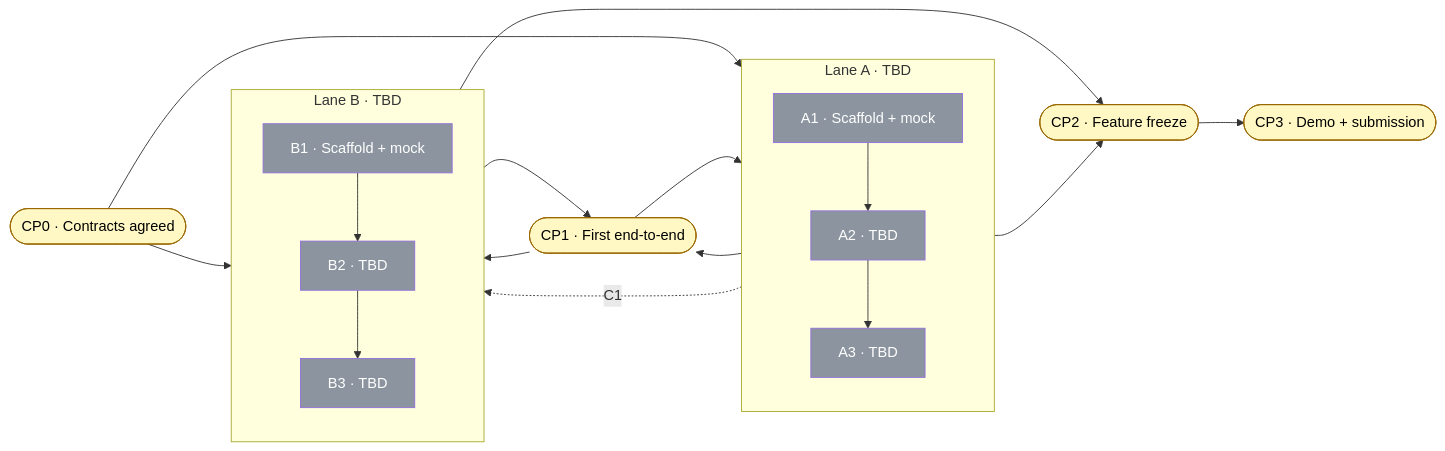
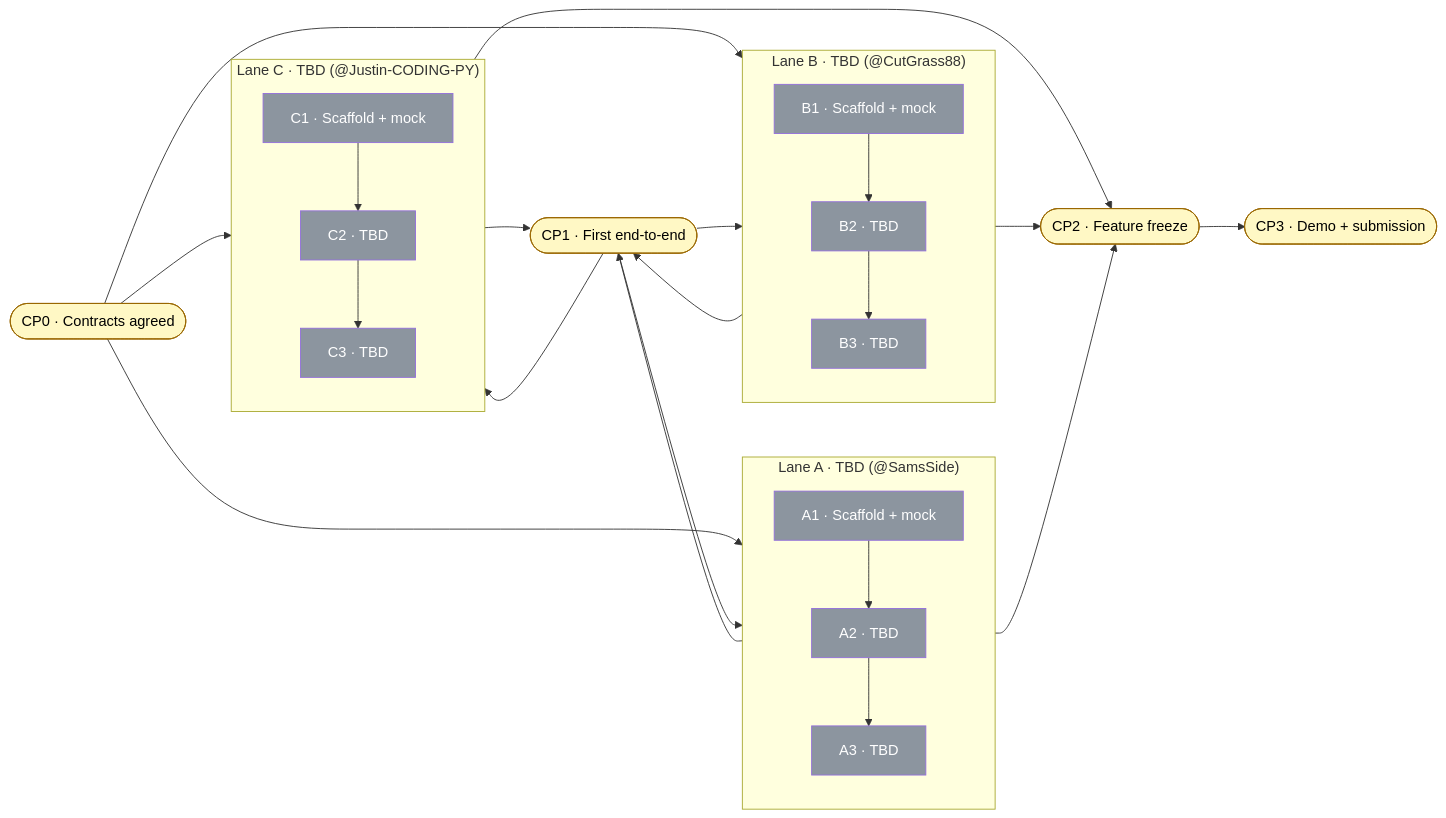
Before and after one commit to SamsSide/Durhack-2026: the diagram in docs/roadmap.md, drawn with Mermaid. The commit also changed other lines of this file and 5 other files, not shown here.

````diff
--- a/docs/roadmap.md
+++ b/docs/roadmap.md
@@ -35,30 +37,35 @@
 ```mermaid
 flowchart LR
   CP0(["CP0 · Contracts agreed"]):::cp
-  subgraph A["Lane A · TBD"]
+  subgraph A["Lane A · TBD (@SamsSide)"]
     direction TB
     A1["A1 · Scaffold + mock"]:::todo --> A2["A2 · TBD"]:::todo --> A3["A3 · TBD"]:::todo
   end
-  subgraph B["Lane B · TBD"]
+  subgraph B["Lane B · TBD (@CutGrass88)"]
     direction TB
     B1["B1 · Scaffold + mock"]:::todo --> B2["B2 · TBD"]:::todo --> B3["B3 · TBD"]:::todo
+  end
+  subgraph C["Lane C · TBD (@Justin-CODING-PY)"]
+    direction TB
+    C1["C1 · Scaffold + mock"]:::todo --> C2["C2 · TBD"]:::todo --> C3["C3 · TBD"]:::todo
   end
   CP1(["CP1 · First end-to-end"]):::cp
   CP2(["CP2 · Feature freeze"]):::cp
   CP3(["CP3 · Demo + submission"]):::cp
-  CP0 --> A1 & B1
+  CP0 --> A1 & B1 & C1
   A2 --> CP1
   B2 --> CP1
-  CP1 --> A3 & B3
+  C2 --> CP1
+  CP1 --> A3 & B3 & C3
   A3 --> CP2
   B3 --> CP2
+  C3 --> CP2
   CP2 --> CP3
-  A1 -. "C1" .-> B2
   classDef done fill:#2da44e,color:#fff
   classDef wip fill:#d4a72c,color:#000
   classDef next fill:#0969da,color:#fff
   classDef todo fill:#8c959f,color:#fff
   classDef owner fill:#8250df,color:#fff
   classDef cut stroke-dasharray: 5 5
   classDef cp fill:#fff8c5,stroke:#9a6700,color:#000
 ```
````
